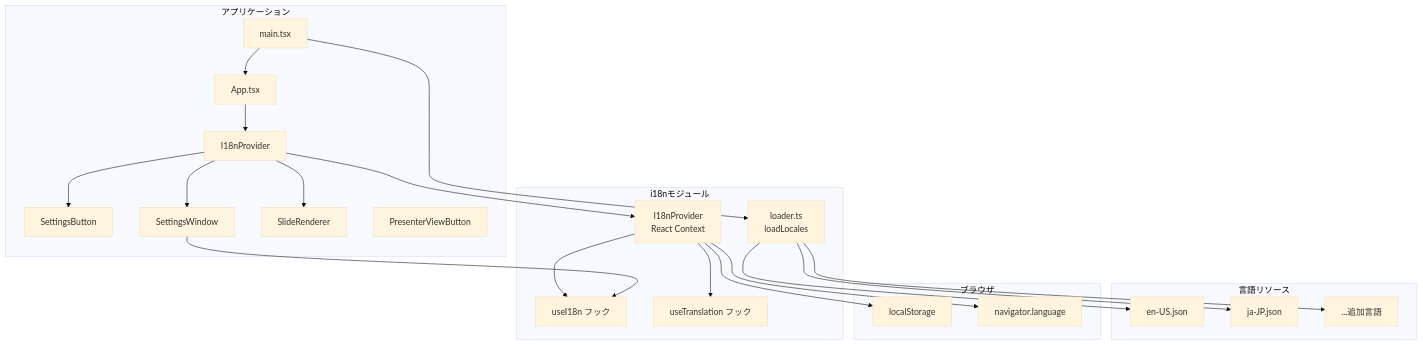
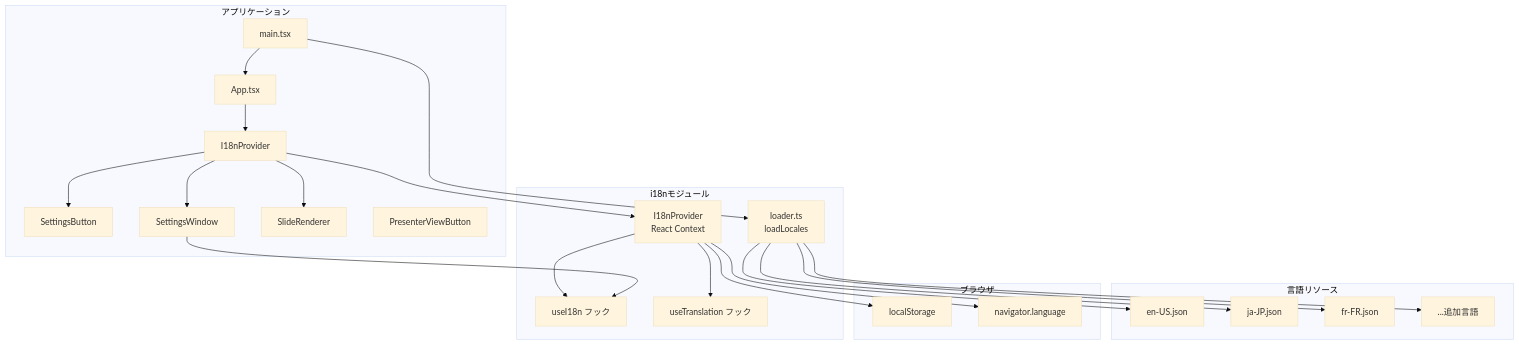
Before and after one commit to ToshikiImagawa/slide-presentation-app: the diagram in .sdd/specification/language-settings_design.md, drawn with Mermaid (base theme). The commit also changed other lines of this file and 31 other files, not shown here.

````diff
--- a/.sdd/specification/language-settings_design.md
+++ b/.sdd/specification/language-settings_design.md
@@ -58,46 +77,48 @@
 ```mermaid
 graph TD
     subgraph "アプリケーション"
         Main[main.tsx]
         App[App.tsx]
         I18nProvider[I18nProvider]
         SettingsButton[SettingsButton]
         SettingsWindow[SettingsWindow]
         SlideRenderer[SlideRenderer]
         PresenterViewButton[PresenterViewButton]
     end
 
     subgraph "i18nモジュール"
         Loader[loader.ts<br/>loadLocales]
         Provider[I18nProvider<br/>React Context]
         UseI18n[useI18n フック]
         UseTranslation[useTranslation フック]
     end
 
     subgraph "言語リソース"
         EnUS[en-US.json]
         JaJP[ja-JP.json]
+        FrFR[fr-FR.json]
         OtherLocales[...追加言語]
     end
 
     subgraph "ブラウザ"
         LocalStorage[localStorage]
         NavLang[navigator.language]
     end
 
     Main --> Loader
     Loader --> EnUS
     Loader --> JaJP
+    Loader --> FrFR
     Loader --> OtherLocales
     Main --> App
     App --> I18nProvider
     I18nProvider --> Provider
     Provider --> UseI18n
     Provider --> UseTranslation
     I18nProvider --> SettingsButton
     I18nProvider --> SettingsWindow
     I18nProvider --> SlideRenderer
     SettingsWindow --> UseI18n
     Provider --> LocalStorage
     Provider --> NavLang
 ```
````
